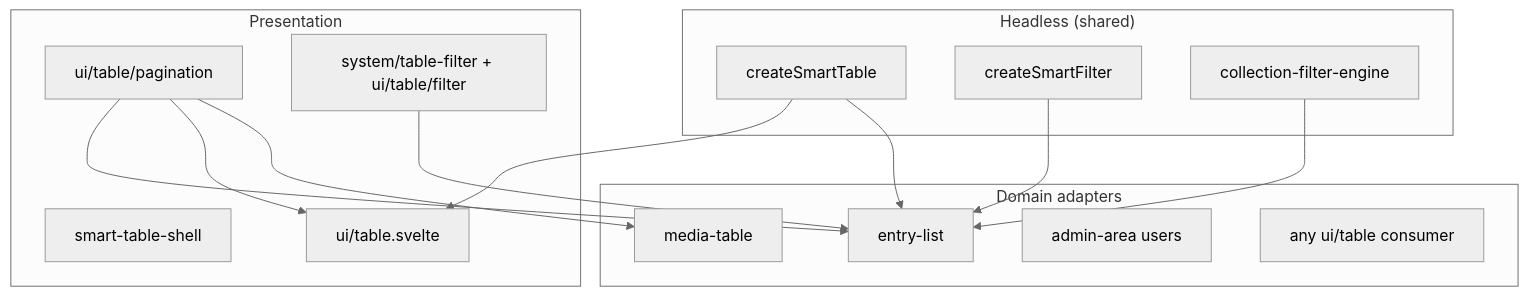
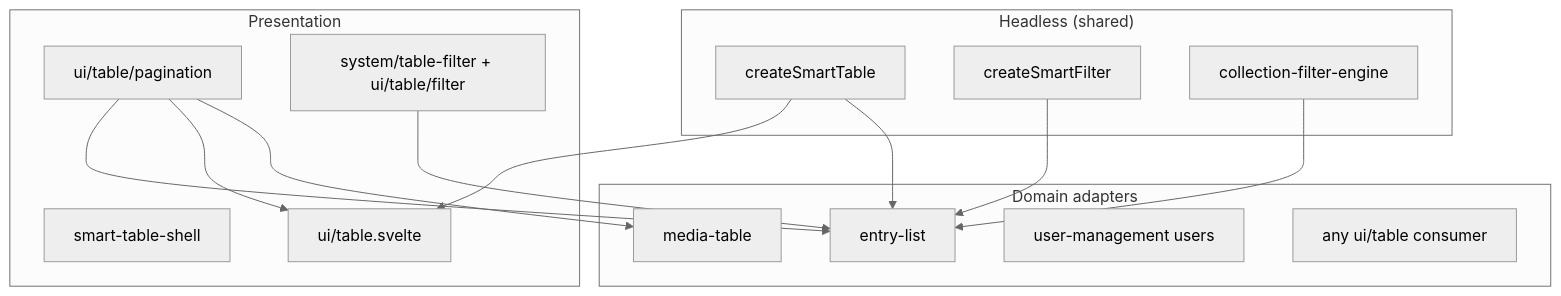
Before and after one commit to SveltyCMS/SveltyCMS: the diagram in docs/reference/components/smart-table.mdx, drawn with Mermaid (neutral theme). The commit also changed other lines of this file and 169 other files, not shown here.

````diff
--- a/docs/reference/components/smart-table.mdx
+++ b/docs/reference/components/smart-table.mdx
@@ -69,31 +69,31 @@
 ```mermaid
 flowchart TB
   subgraph Headless["Headless (shared)"]
     CST[createSmartTable]
     CSF[createSmartFilter]
     CFE[collection-filter-engine]
   end
 
   subgraph UI["Presentation"]
     Shell[smart-table-shell]
     UItable[ui/table.svelte]
     Pag[ui/table/pagination]
     Toolbar[system/table-filter + ui/table/filter]
   end
 
   subgraph Adapters["Domain adapters"]
     EL[entry-list]
     Media[media-table]
-    Users[admin-area users]
+    Users[user-management users]
     Generic[any ui/table consumer]
   end
 
   CST --> UItable
   CST --> EL
   CSF --> EL
   CFE --> EL
   Pag --> EL
   Pag --> UItable
   Pag --> Media
   Toolbar --> EL
 ```
````
